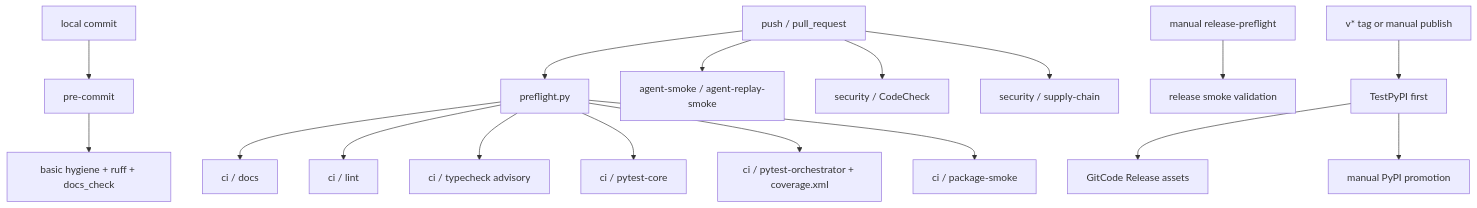
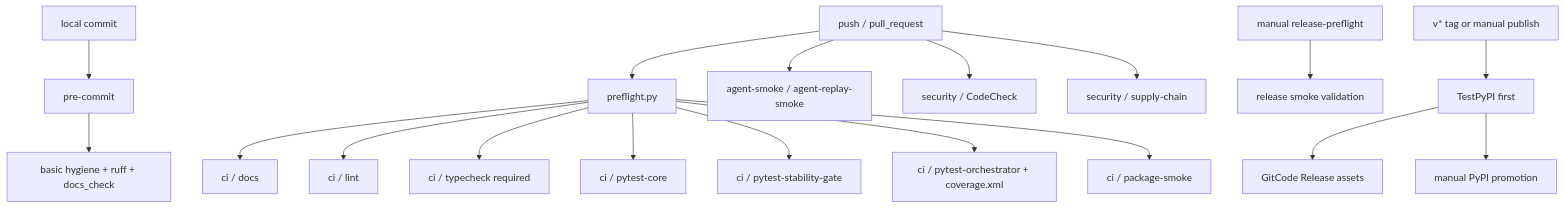
The diagram in docs/cicd/CICD_GATE.md (peroxider/clawcodex), drawn with Mermaid before and after one commit. The commit also changed other lines of this file and 21 other files, not shown here.

````diff
--- a/docs/cicd/CICD_GATE.md
+++ b/docs/cicd/CICD_GATE.md
@@ -8,19 +8,20 @@
 ```mermaid
 flowchart TD
     L["local commit"] --> P["pre-commit"]
     P --> P1["basic hygiene + ruff + docs_check"]
     A["push / pull_request"] --> B["preflight.py"]
     B --> C["ci / docs"]
     B --> D["ci / lint"]
-    B --> E["ci / typecheck advisory"]
+    B --> E["ci / typecheck required"]
     B --> F["ci / pytest-core"]
+    B --> S["ci / pytest-stability-gate"]
     B --> G["ci / pytest-orchestrator + coverage.xml"]
     B --> H["ci / package-smoke"]
     A --> I["agent-smoke / agent-replay-smoke"]
     A --> J["security / CodeCheck"]
     A --> K["security / supply-chain"]
     M["manual release-preflight"] --> N["release smoke validation"]
     T["v* tag or manual publish"] --> U["TestPyPI first"]
     U --> V["GitCode Release assets"]
     U --> W["manual PyPI promotion"]
 ```
````
